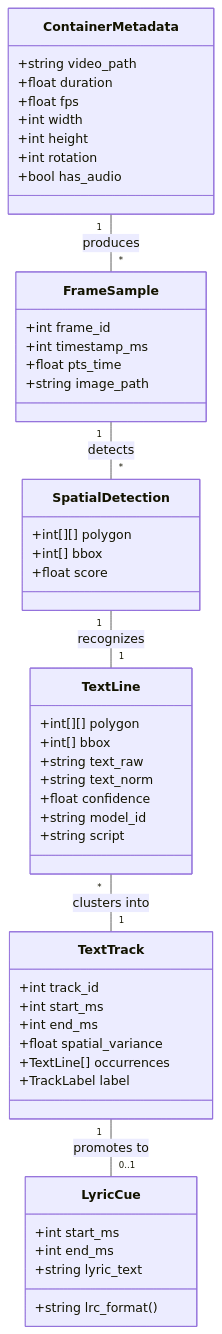
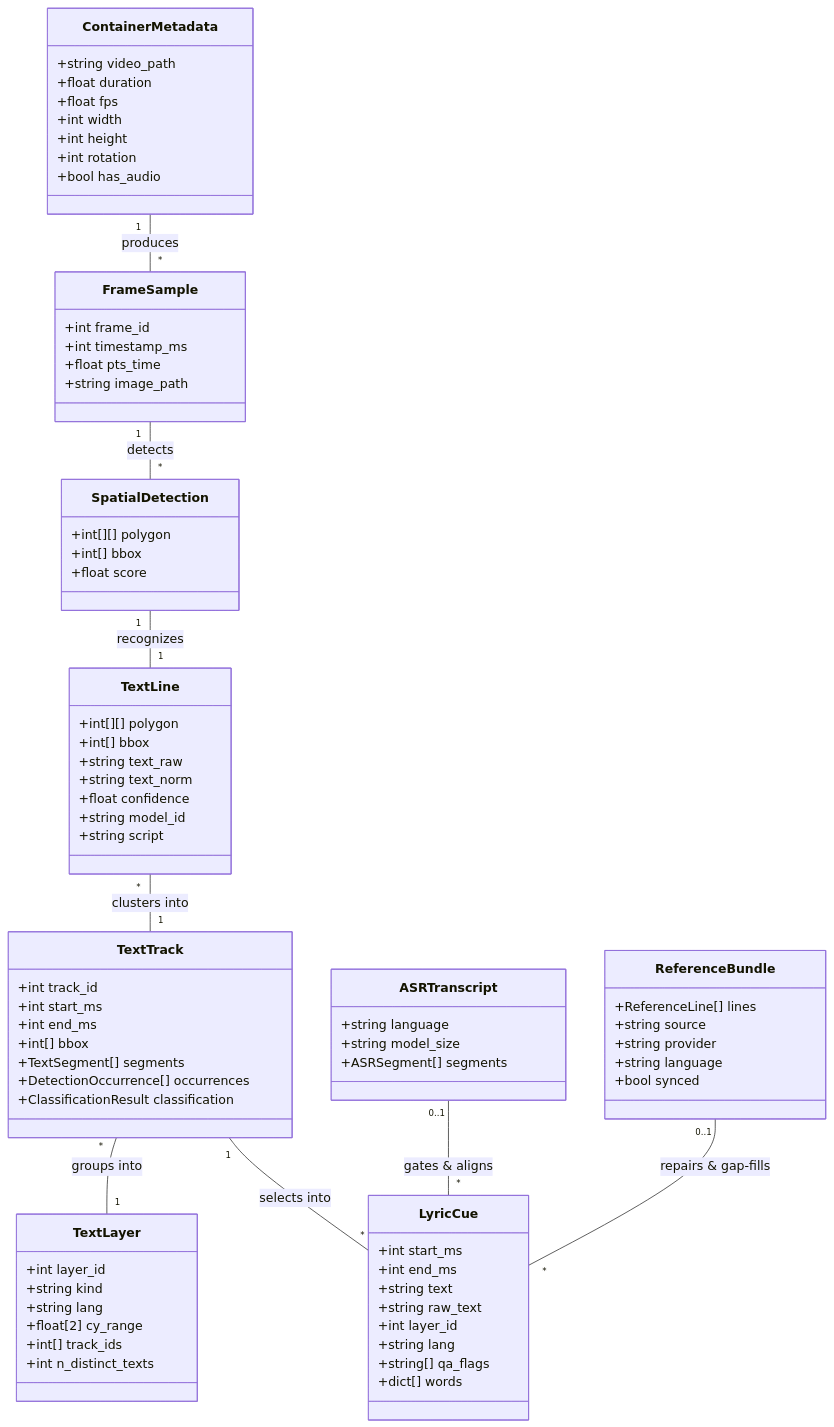
Before and after one commit to vincentlalo-long/lyra-ocr: the second of 3 diagrams in doc/ARCHITECTURE.md, drawn with Mermaid. The commit also changed other lines of this file and 2 other files, not shown here.

Commit message:
docs(arch,spec): update architecture and specification docs and add language support matrix

````diff
--- a/doc/ARCHITECTURE.md
+++ b/doc/ARCHITECTURE.md
@@ -140,21 +173,52 @@
         +int track_id
         +int start_ms
         +int end_ms
-        +float spatial_variance
-        +TextLine[] occurrences
-        +TrackLabel label
+        +int[] bbox
+        +TextSegment[] segments
+        +DetectionOccurrence[] occurrences
+        +ClassificationResult classification
+    }
+
+    class TextLayer {
+        +int layer_id
+        +string kind
+        +string lang
+        +float[2] cy_range
+        +int[] track_ids
+        +int n_distinct_texts
+    }
+
+    class ASRTranscript {
+        +string language
+        +string model_size
+        +ASRSegment[] segments
+    }
+
+    class ReferenceBundle {
+        +ReferenceLine[] lines
+        +string source
+        +string provider
+        +string language
+        +bool synced
     }
 
     class LyricCue {
         +int start_ms
         +int end_ms
-        +string lyric_text
-        +string lrc_format()
+        +string text
+        +string raw_text
+        +int layer_id
+        +string lang
+        +string[] qa_flags
+        +dict[] words
     }
 
     ContainerMetadata "1" -- "*" FrameSample : produces
     FrameSample "1" -- "*" SpatialDetection : detects
     SpatialDetection "1" -- "1" TextLine : recognizes
     TextLine "*" -- "1" TextTrack : clusters into
-    TextTrack "1" -- "0..1" LyricCue : promotes to
+    TextTrack "*" -- "1" TextLayer : groups into
+    TextTrack "1" -- "*" LyricCue : selects into
+    ASRTranscript "0..1" -- "*" LyricCue : gates & aligns
+    ReferenceBundle "0..1" -- "*" LyricCue : repairs & gap-fills
 ```
````
